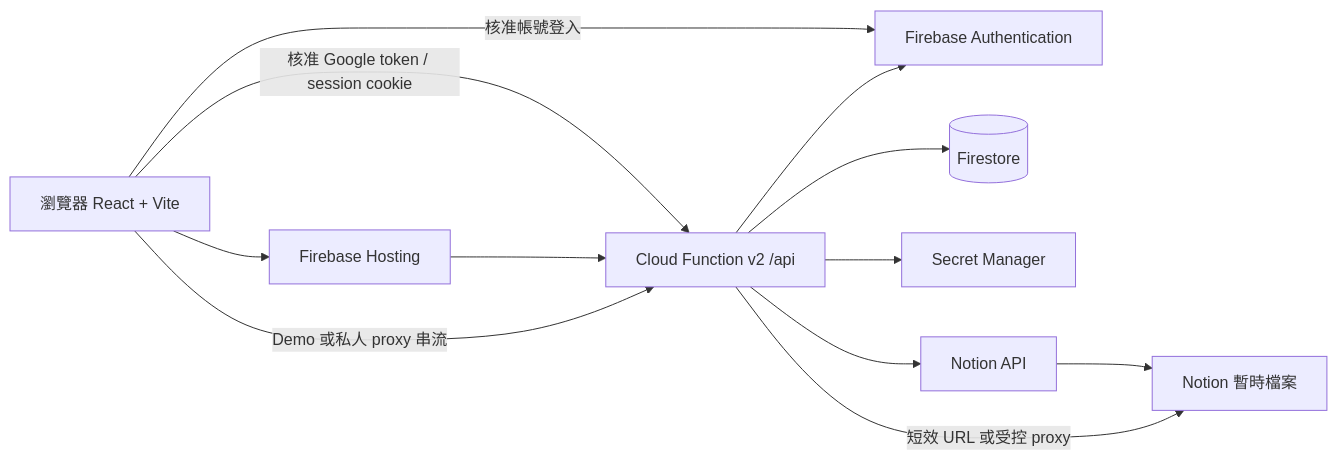
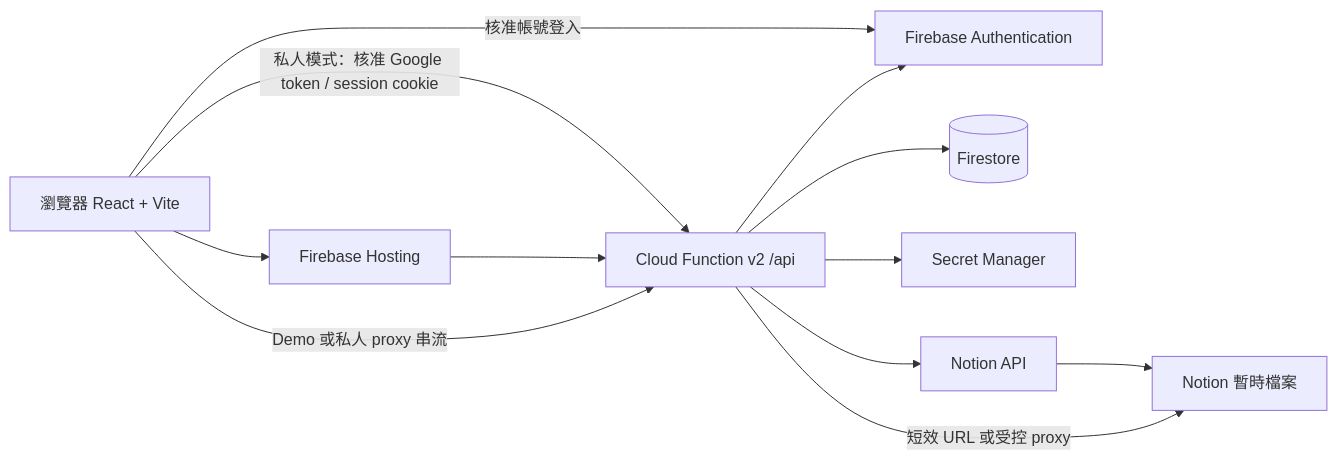
The first of 2 diagrams in docs/architecture.md (jason7773/notion-media-library), drawn with Mermaid before and after one commit. The commit also changed other lines of this file and 13 other files, not shown here.

````diff
--- a/docs/architecture.md
+++ b/docs/architecture.md
@@ -5,22 +5,22 @@
 ```mermaid
 flowchart LR
   Browser[瀏覽器 React + Vite]
   Hosting[Firebase Hosting]
   Function[Cloud Function v2 /api]
   Auth[Firebase Authentication]
   Firestore[(Firestore)]
   Secret[Secret Manager]
   NotionAPI[Notion API]
   NotionFiles[Notion 暫時檔案]
   Browser --> Hosting
-  Browser -->|核准 Google token / session cookie| Function
+  Browser -->|私人模式：核准 Google token / session cookie| Function
   Browser -->|核准帳號登入| Auth
   Hosting --> Function
   Function --> Auth
   Function --> Firestore
   Function --> Secret
   Function --> NotionAPI
   NotionAPI --> NotionFiles
   Function -->|短效 URL 或受控 proxy| NotionFiles
   Browser -->|Demo 或私人 proxy 串流| Function
 ```
````
